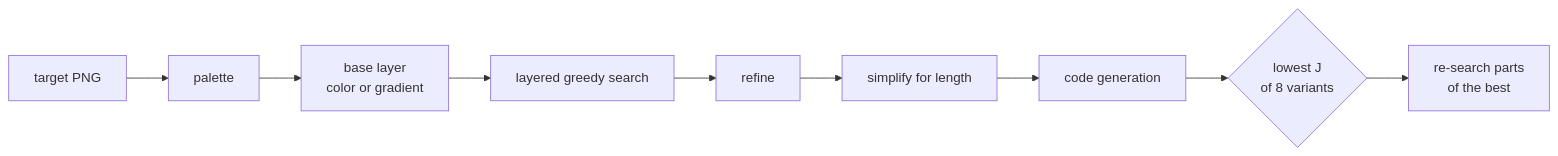
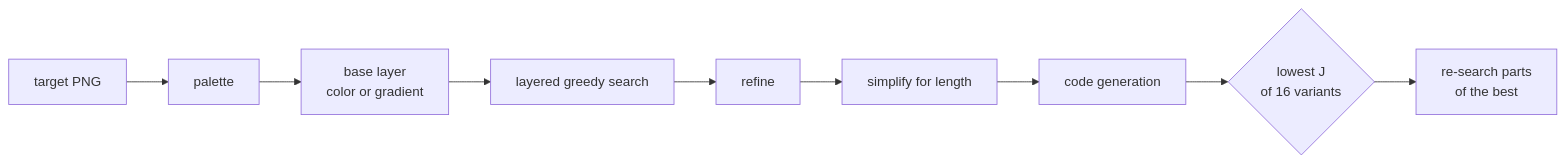
One commit to fMindstormer/cssynth changed the diagram in README.md. Above: the diagram before and after it, drawn with Mermaid. The commit also changed other lines of this file and 7 other files, not shown here.

````diff
--- a/README.md
+++ b/README.md
@@ -103,11 +105,11 @@
 ```mermaid
 flowchart LR
     A[target PNG] --> B[palette]
     B --> C[base layer<br>color or gradient]
     C --> D[layered greedy search]
     D --> E[refine]
     E --> F[simplify for length]
     F --> G[code generation]
-    G --> H{lowest J<br>of 8 variants}
+    G --> H{lowest J<br>of 16 variants}
     H --> I[re-search parts<br>of the best]
 ```
````
